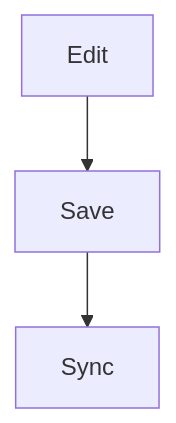
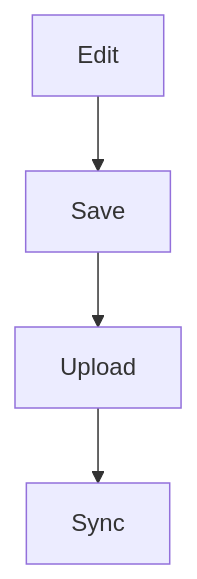
Before and after one commit to drum-grammer/markdown-diff-cat-testbed: the diagram in parity/mermaid.md, drawn with Mermaid. The commit also changed 15 other files, not shown here.

````diff
--- a/parity/mermaid.md
+++ b/parity/mermaid.md
@@ -3,5 +3,6 @@
 ```mermaid
 graph TD
   A[Edit] --> B[Save]
-  B --> C[Sync]
+  B --> C[Upload]
+  C --> D[Sync]
 ```
````
